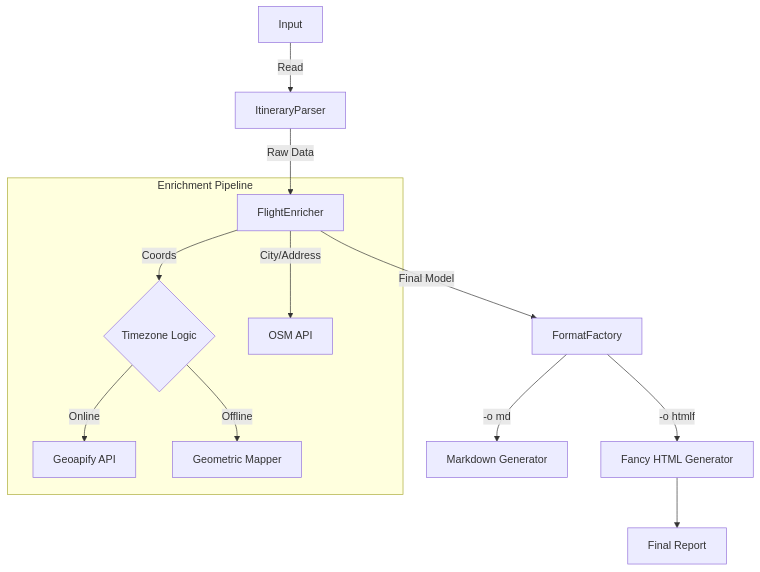
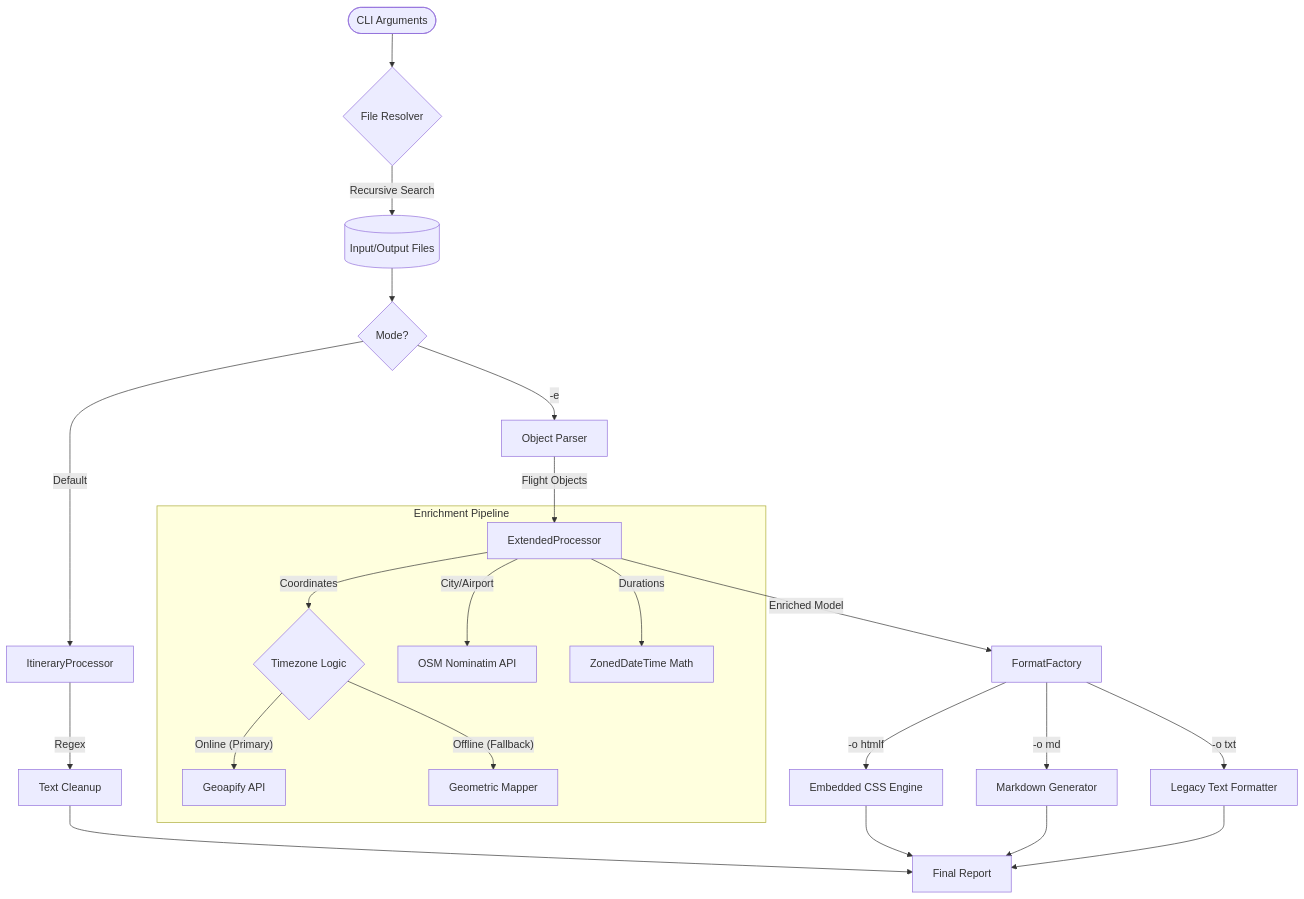
Before and after one commit to LauriLepik/kood-Nooremarendaja: the diagram in itinerary-prettifier/README.md, drawn with Mermaid. The commit also changed other lines of this file, not shown here.

Commit message:
Improve Architecture View

````diff
--- a/itinerary-prettifier/README.md
+++ b/itinerary-prettifier/README.md
@@ -71,19 +71,35 @@
 ```mermaid
 graph TD
-    Input -->|Read| Parser[ItineraryParser]
-    Parser -->|Raw Data| Enricher[FlightEnricher]
+    Start([CLI Arguments]) --> Resolver{File Resolver}
+    Resolver -->|Recursive Search| Files[(Input/Output Files)]
+    
+    Files --> Mode{Mode?}
+    
+    %% Base Mode Path
+    Mode -->|Default| Base[ItineraryProcessor]
+    Base -->|Regex| Clean[Text Cleanup]
+    Clean --> Output
+    
+    %% Extended Mode Path
+    Mode -->|"-e"| ExtParser[Object Parser]
+    ExtParser -->|Flight Objects| Enricher[ExtendedProcessor]
     
     subgraph Enrichment Pipeline
-        Enricher -->|Coords| TZ{Timezone Logic}
-        TZ -- Online --> API[Geoapify API]
-        TZ -- Offline --> Local[Geometric Mapper]
-        Enricher -->|City/Address| Nominatim[OSM API]
+        Enricher -->|Coordinates| HybridTZ{Timezone Logic}
+        HybridTZ -- Online (Primary) --> API[Geoapify API]
+        HybridTZ -- Offline (Fallback) --> Poly[Geometric Mapper]
+        
+        Enricher -->|City/Airport| Nominatim[OSM Nominatim API]
+        Enricher -->|Durations| TimeCalc[ZonedDateTime Math]
     end
     
-    Enricher -->|Final Model| FormatFactory
+    Enricher -->|Enriched Model| Factory[FormatFactory]
     
-    FormatFactory -->|"-o htmlf"| HTML[Fancy HTML Generator]
-    FormatFactory -->|"-o md"| MD[Markdown Generator]
+    Factory -->|"-o htmlf"| HTML[Embedded CSS Engine]
+    Factory -->|"-o md"| MD[Markdown Generator]
+    Factory -->|"-o txt"| TXT[Legacy Text Formatter]
     
     HTML --> Output[Final Report]
+    MD --> Output
+    TXT --> Output
 ```
````
